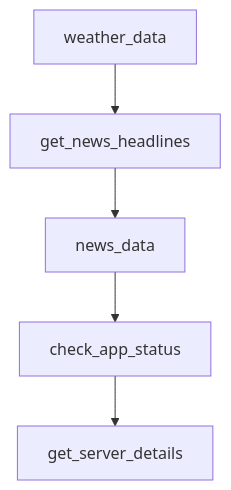
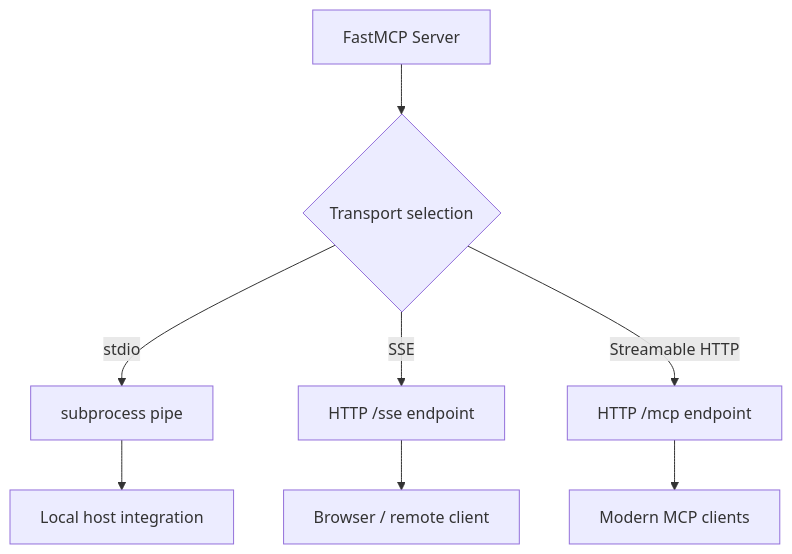
The diagram in tutorials/fastmcp-tutorial/03-server-runtime-and-transports.md (johnxie/awesome-code-docs), drawn with Mermaid before and after one commit. The commit also changed other lines of this file and 1232 other files, not shown here.

````diff
--- a/tutorials/fastmcp-tutorial/03-server-runtime-and-transports.md
+++ b/tutorials/fastmcp-tutorial/03-server-runtime-and-transports.md
@@ -219,12 +50,10 @@
 ```mermaid
 flowchart TD
-    A[weather_data]
-    B[get_news_headlines]
-    C[news_data]
-    D[check_app_status]
-    E[get_server_details]
-    A --> B
-    B --> C
-    C --> D
-    D --> E
+    A[FastMCP Server] --> B{Transport selection}
+    B -->|stdio| C[subprocess pipe]
+    B -->|SSE| D[HTTP /sse endpoint]
+    B -->|Streamable HTTP| E[HTTP /mcp endpoint]
+    C --> F[Local host integration]
+    D --> G[Browser / remote client]
+    E --> H[Modern MCP clients]
 ```
````
